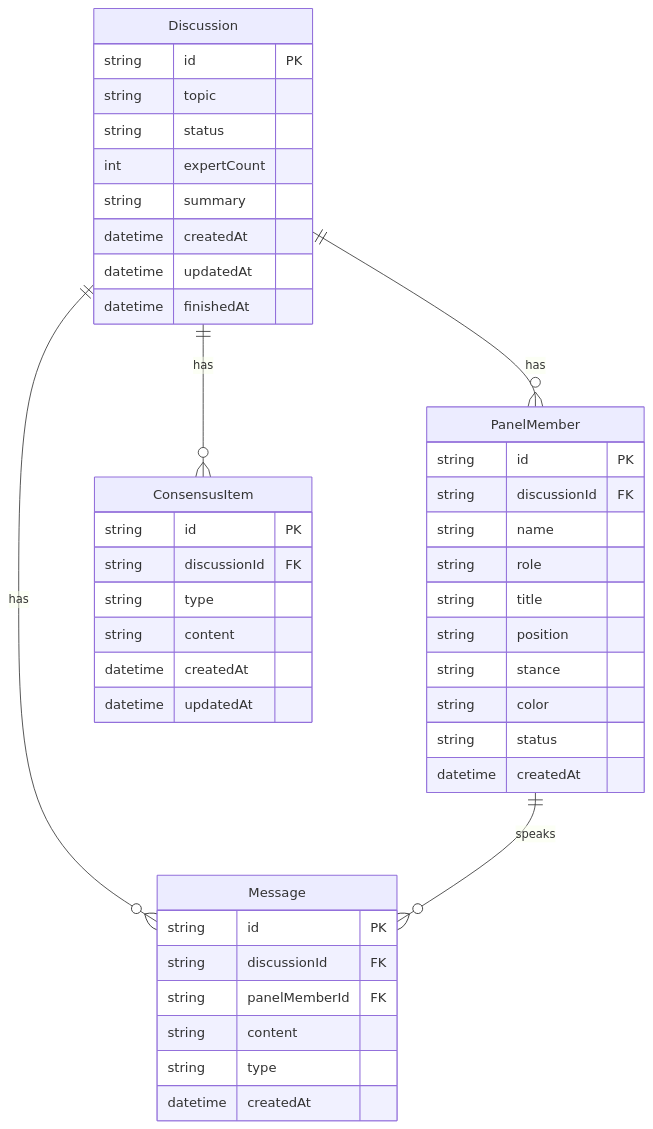
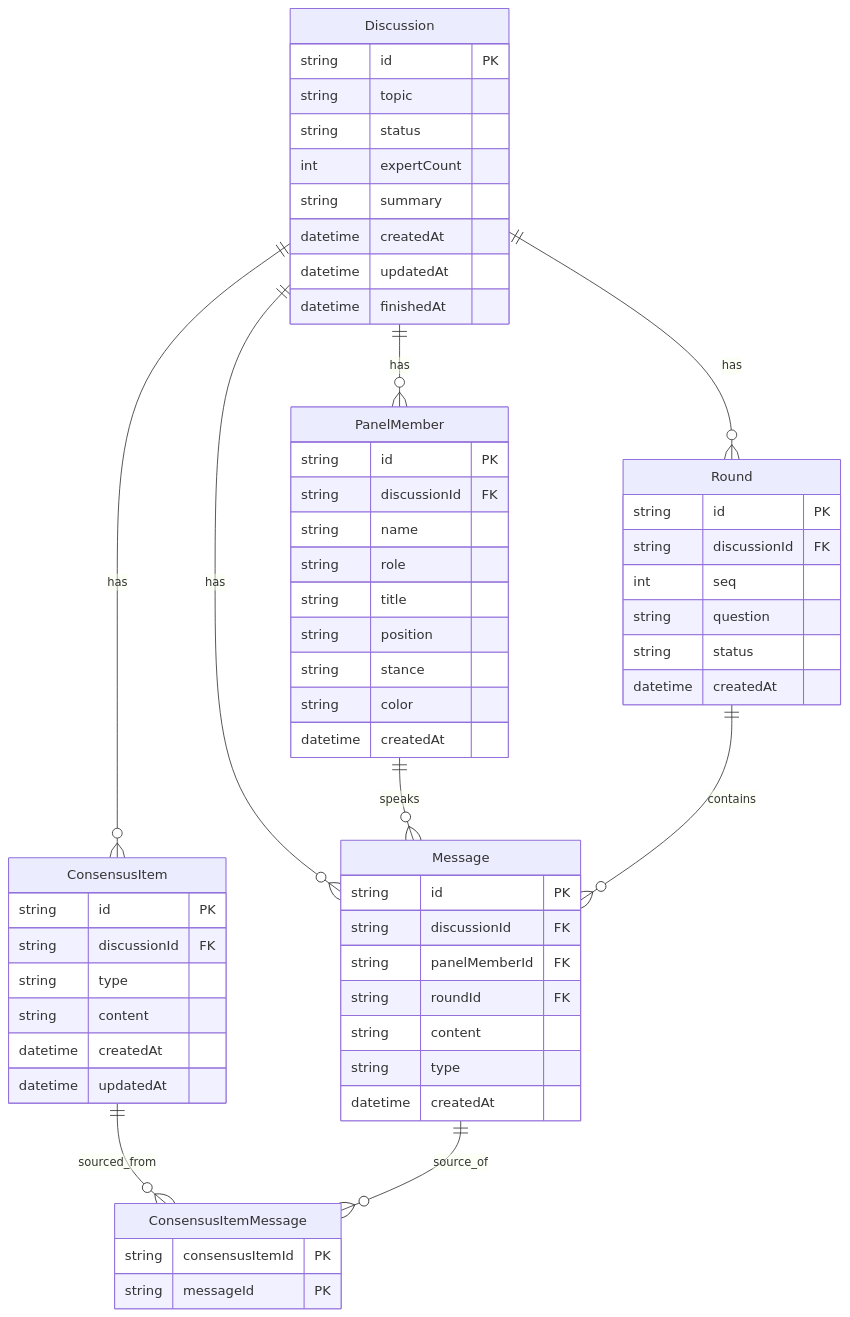
Before and after one commit to Lw12345678lw/ai-panel-studio: the diagram in docs/ER图.md, drawn with Mermaid. The commit also changed other lines of this file and 8 other files, not shown here.

````diff
--- a/docs/ER图.md
+++ b/docs/ER图.md
@@ -5,49 +5,67 @@
 ```mermaid
 erDiagram
     Discussion ||--o{ PanelMember : has
     Discussion ||--o{ Message : has
     Discussion ||--o{ ConsensusItem : has
+    Discussion ||--o{ Round : has
     PanelMember ||--o{ Message : speaks
+    Round ||--o{ Message : contains
+    ConsensusItem ||--o{ ConsensusItemMessage : sourced_from
+    Message ||--o{ ConsensusItemMessage : source_of
 
     Discussion {
         string id PK
         string topic
         string status
         int expertCount
         string summary
         datetime createdAt
         datetime updatedAt
         datetime finishedAt
     }
 
+    Round {
+        string id PK
+        string discussionId FK
+        int seq
+        string question
+        string status
+        datetime createdAt
+    }
+
     PanelMember {
         string id PK
         string discussionId FK
         string name
         string role
         string title
         string position
         string stance
         string color
-        string status
         datetime createdAt
     }
 
     Message {
         string id PK
         string discussionId FK
         string panelMemberId FK
+        string roundId FK
         string content
         string type
         datetime createdAt
     }
 
     ConsensusItem {
         string id PK
         string discussionId FK
         string type
         string content
         datetime createdAt
         datetime updatedAt
     }
+
+    ConsensusItemMessage {
+        string consensusItemId PK
+        string messageId PK
+    }
 ```
````
